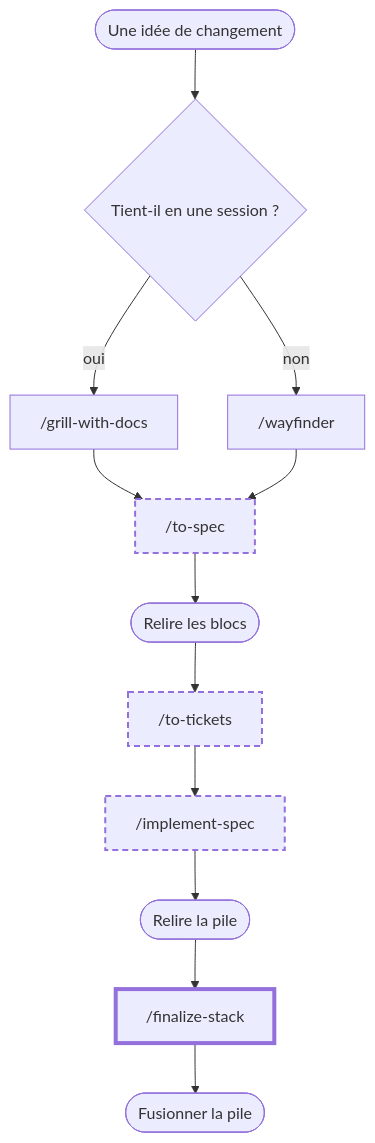
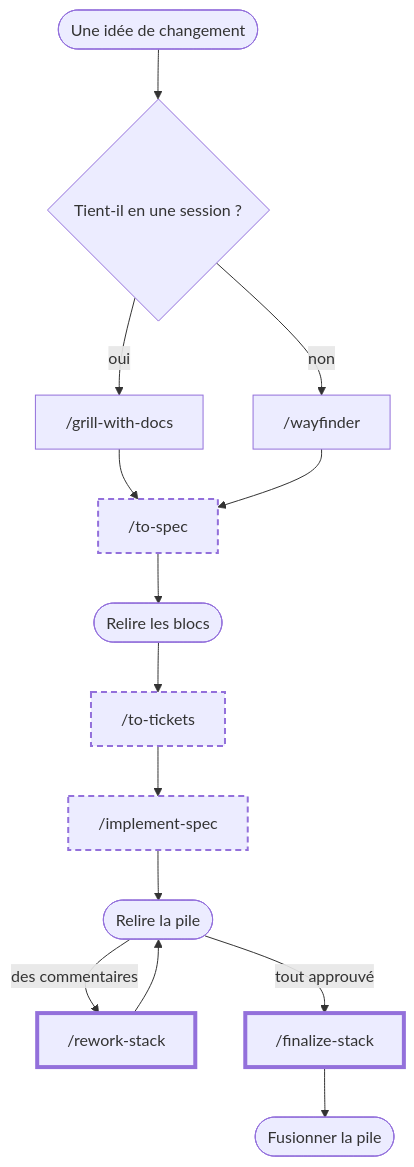
The diagram in README.md (charlouze/charlouze-skills), drawn with Mermaid before and after one commit. The commit also changed other lines of this file and 7 other files, not shown here.

First line of the commit message:
Reprend les retours de revue d'une pile avec /rework-stack

````diff
--- a/README.md
+++ b/README.md
@@ -7,19 +7,21 @@
 ```mermaid
 flowchart TD
     idee(["Une idée de changement"]) --> taille{"Tient-il en une session ?"}
     taille -- oui --> grill["/grill-with-docs"]
     taille -- non --> wayfinder["/wayfinder"]
     grill --> spec["/to-spec"]
     wayfinder --> spec
     spec --> blocs(["Relire les blocs"])
     blocs --> tickets["/to-tickets"]
     tickets --> enchainement["/implement-spec"]
     enchainement --> relecture(["Relire la pile"])
-    relecture --> finalisation["/finalize-stack"]
+    relecture -- "des commentaires" --> reprise["/rework-stack"]
+    reprise --> relecture
+    relecture -- "tout approuvé" --> finalisation["/finalize-stack"]
     finalisation --> fusion(["Fusionner la pile"])
 
     classDef completee stroke-dasharray:6 4,stroke-width:2px
     classDef ajoutee stroke-width:4px
     class spec,tickets,enchainement completee
-    class finalisation ajoutee
+    class reprise,finalisation ajoutee
 ```
````
